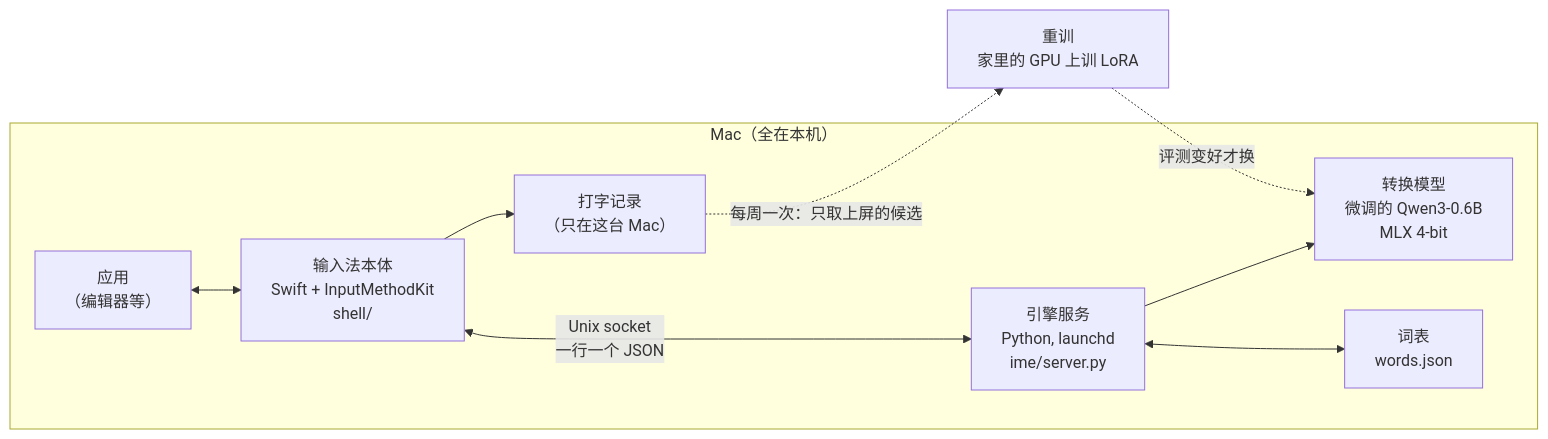
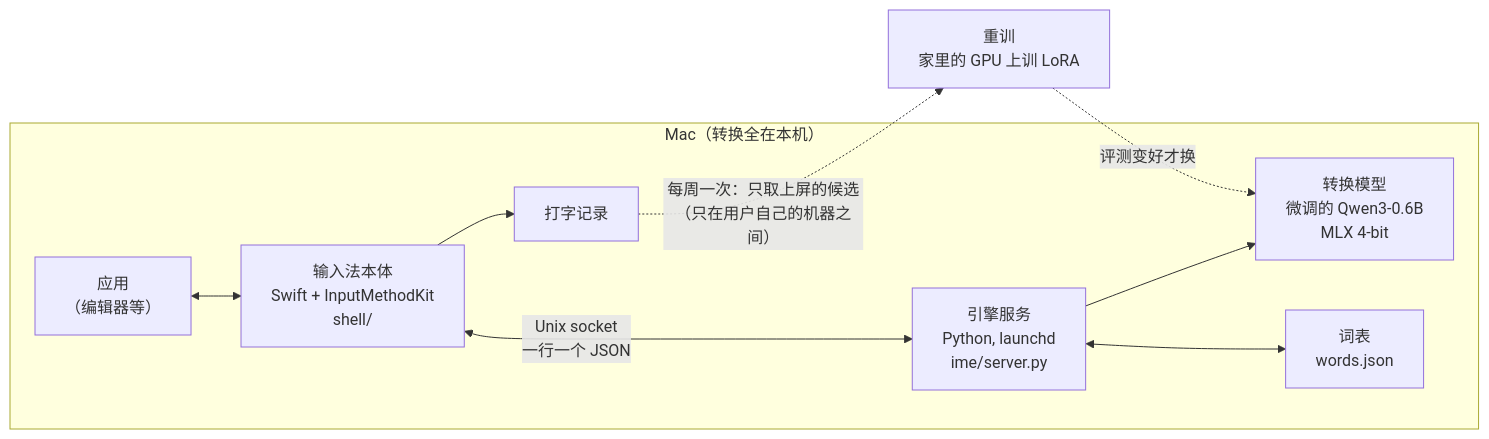
One commit to yizilian-iren/llm-ime changed the diagram in README.zh.md. Above: the diagram before and after it, drawn with Mermaid. The commit also changed 2 other files, not shown here.

Commit message:
README: mermaid edges in the |label| form, the log's node no longer says it never leaves the Mac; mirror check skips its own script (6C.1)

````diff
--- a/README.zh.md
+++ b/README.zh.md
@@ -21,18 +21,18 @@
 ```mermaid
 flowchart LR
-  subgraph Mac["Mac（全在本机）"]
+  subgraph Mac["Mac（转换全在本机）"]
     App["应用<br/>（编辑器等）"]
     Shell["输入法本体<br/>Swift + InputMethodKit<br/>shell/"]
     Engine["引擎服务<br/>Python, launchd<br/>ime/server.py"]
     Model["转换模型<br/>微调的 Qwen3-0.6B<br/>MLX 4-bit"]
     Words["词表<br/>words.json"]
-    Log["打字记录<br/>（只在这台 Mac）"]
+    Log["打字记录"]
     App <--> Shell
-    Shell <-- "Unix socket<br/>一行一个 JSON" --> Engine
+    Shell <-->|"Unix socket<br/>一行一个 JSON"| Engine
     Engine --> Model
     Engine <--> Words
     Shell --> Log
   end
-  Log -. "每周一次：只取上屏的候选" .-> Retrain["重训<br/>家里的 GPU 上训 LoRA"]
-  Retrain -. "评测变好才换" .-> Model
+  Log -.->|"每周一次：只取上屏的候选<br/>（只在用户自己的机器之间）"| Retrain["重训<br/>家里的 GPU 上训 LoRA"]
+  Retrain -.->|"评测变好才换"| Model
 ```
````
